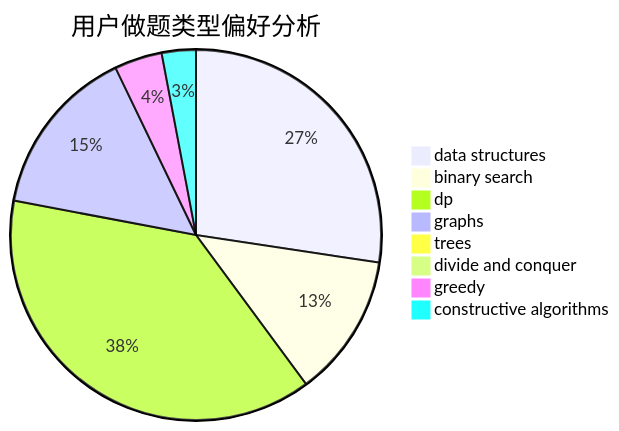
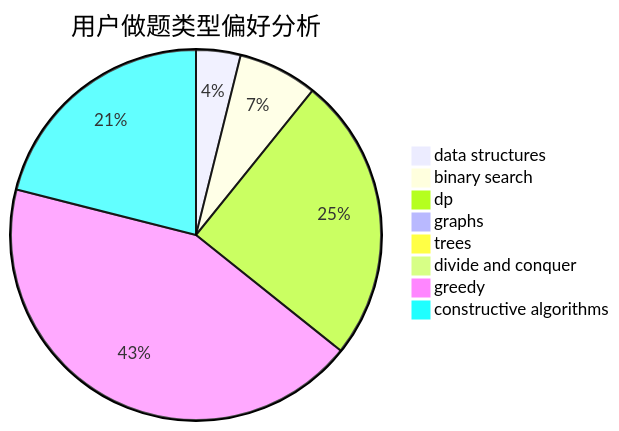
One commit to sherpahu/cfrs.github.io changed the second of 3 diagrams in docs/user/u1962.md. Above: the diagram before and after it, drawn with Mermaid. The commit also changed other lines of this file and 2770 other files, not shown here.

````diff
--- a/docs/user/u1962.md
+++ b/docs/user/u1962.md
@@ -23,11 +23,11 @@
 ```mermaid
 pie title 用户做题类型偏好分析
-    "data structures" :  46
-    "binary search" :  21
-    "dp" :  64
-    "graphs" :  25
+    "data structures" :  14
+    "binary search" :  25
+    "dp" :  90
+    "graphs" :  0
     "trees" :  0
     "divide and conquer" :  0
-    "greedy" :  7
-    "constructive algorithms" :  5
+    "greedy" :  156
+    "constructive algorithms" :  76
 ```
````
